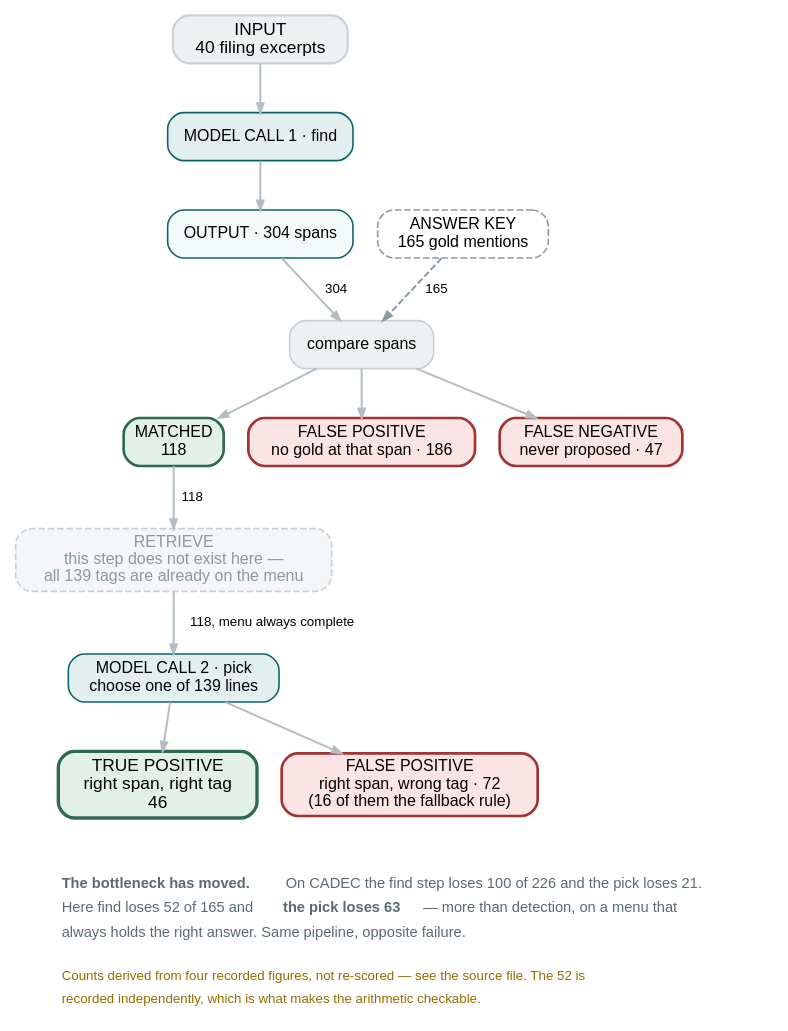
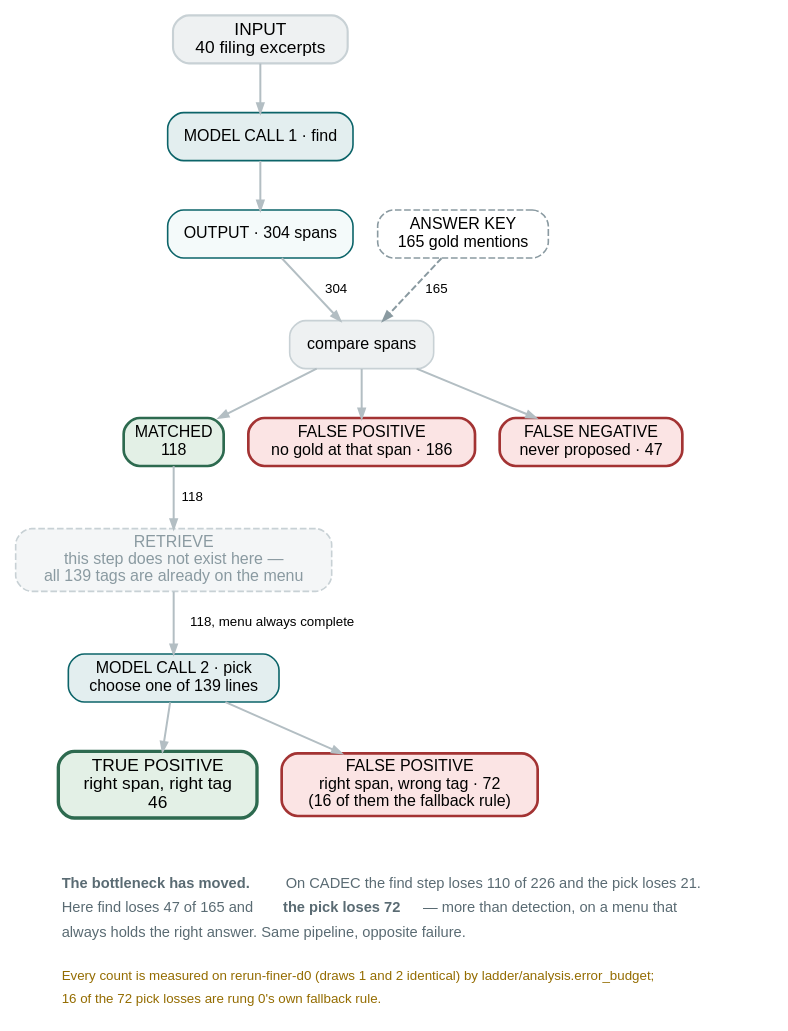
The diagram in docs/figures/fig12-finer-funnel.dot (wbagais/reliability-ladder), drawn with Graphviz before and after one commit. The commit also changed 21 other files, not shown here.

Commit message:
Figures reviewed against the base run: spine rebuilt (both articles), example records 53 of 230, funnel arithmetic 87/217/226, FiNER notes to the base-run replay, section pointers made name-based

```diff
--- a/docs/figures/fig12-finer-funnel.dot
+++ b/docs/figures/fig12-finer-funnel.dot
@@ -1,57 +1,57 @@
 // FiNER's counterpart to fig9-funnel: where the answers go, same three stages
 // minus the one this corpus does not have.
 //
 // EVERY COUNT IS MEASURED (2026-09-03): ladder/analysis.error_budget over
 // rerun-finer-d0 — draws 1 and 2 are the same file — against the 165 scorable
 // gold mentions, span-exact, out/rerun/finer.json. Of the 72 pick losses, 56
 // are the model's choice and 16 are rung 0's fallback rule writing menu line
 // one (alphabetical) onto a mention the pick reply skipped.
 //
 // COLOUR KEY — as fig9-funnel:
 //   teal a model runs here · green correct · red wrong or lost · grey a stage
 digraph finer_funnel {
   rankdir=TB; bgcolor="white";
   node [shape=box style="filled,rounded" fontname="Helvetica" fontsize=12
         color="#c8d1d5" penwidth=1.2];
   edge [color="#b3bec3" penwidth=1.5 arrowsize=0.7 fontname="Helvetica" fontsize=10];
 
   input [label="INPUT\n40 filing excerpts" fillcolor="#eef1f2" fontsize=13 penwidth=1.6];
   find  [label="MODEL CALL 1 · find" fillcolor="#e3eeef" color="#0c6469"];
   out1  [label="OUTPUT · 304 spans" fillcolor="#f4fafa" color="#0c6469"];
   key   [label="ANSWER KEY\n165 gold mentions" fillcolor="#ffffff" color="#8a9aa1"
          style="dashed,rounded"];
   cmp   [label="compare spans" fillcolor="#eef1f2"];
 
   found [label="MATCHED\n118" fillcolor="#e3f0e6" color="#2d6a4f" penwidth=2];
   fp1   [label="FALSE POSITIVE\nno gold at that span · 186" fillcolor="#fbe4e4" color="#a33333" penwidth=2];
   fn1   [label="FALSE NEGATIVE\nnever proposed · 47" fillcolor="#fbe4e4" color="#a33333" penwidth=2];
 
   ret   [label="RETRIEVE\nthis step does not exist here —\nall 139 tags are already on the menu"
          fillcolor="#f4f6f7" color="#c8d1d5" style="filled,rounded,dashed" fontcolor="#8a9aa1"];
 
   pick  [label="MODEL CALL 2 · pick\nchoose one of 139 lines" fillcolor="#e3eeef" color="#0c6469"];
   tp    [label="TRUE POSITIVE\nright span, right tag\n46" fillcolor="#e3f0e6" color="#2d6a4f" penwidth=2.5 fontsize=13];
   fp2   [label="FALSE POSITIVE\nright span, wrong tag · 72\n(16 of them the fallback rule)" fillcolor="#fbe4e4" color="#a33333" penwidth=2];
 
   input -> find -> out1;
   out1 -> cmp [label="  304"]; key -> cmp [label="  165  " style=dashed color="#8a9aa1"];
   cmp -> found; cmp -> fp1; cmp -> fn1;
   found -> ret [label="  118"];
   ret -> pick [label="  118, menu always complete"];
   pick -> tp; pick -> fp2;
 
   { rank=same; out1; key }
   { rank=same; fn1; found; fp1 }
   { rank=same; tp; fp2 }
 
   note [shape=plaintext style="" fillcolor="white"
         label=<<TABLE BORDER="0" CELLBORDER="0" CELLSPACING="0" CELLPADDING="3">
-        <TR><TD ALIGN="LEFT"><FONT POINT-SIZE="11" COLOR="#5a6b73"><B>The bottleneck has moved.</B> On CADEC the find step loses 100 of 226 and the pick loses 21.</FONT></TD></TR>
-        <TR><TD ALIGN="LEFT"><FONT POINT-SIZE="11" COLOR="#5a6b73">Here find loses 52 of 165 and <B>the pick loses 63</B> — more than detection, on a menu that</FONT></TD></TR>
+        <TR><TD ALIGN="LEFT"><FONT POINT-SIZE="11" COLOR="#5a6b73"><B>The bottleneck has moved.</B> On CADEC the find step loses 110 of 226 and the pick loses 21.</FONT></TD></TR>
+        <TR><TD ALIGN="LEFT"><FONT POINT-SIZE="11" COLOR="#5a6b73">Here find loses 47 of 165 and <B>the pick loses 72</B> — more than detection, on a menu that</FONT></TD></TR>
         <TR><TD ALIGN="LEFT"><FONT POINT-SIZE="11" COLOR="#5a6b73">always holds the right answer. Same pipeline, opposite failure.</FONT></TD></TR>
         <TR><TD ALIGN="LEFT"><FONT POINT-SIZE="8"> </FONT></TD></TR>
-        <TR><TD ALIGN="LEFT"><FONT POINT-SIZE="10.5" COLOR="#946c00">Counts derived from four recorded figures, not re-scored — see the source file. The 52 is</FONT></TD></TR>
-        <TR><TD ALIGN="LEFT"><FONT POINT-SIZE="10.5" COLOR="#946c00">recorded independently, which is what makes the arithmetic checkable.</FONT></TD></TR>
+        <TR><TD ALIGN="LEFT"><FONT POINT-SIZE="10.5" COLOR="#946c00">Every count is measured on rerun-finer-d0 (draws 1 and 2 identical) by ladder/analysis.error_budget;</FONT></TD></TR>
+        <TR><TD ALIGN="LEFT"><FONT POINT-SIZE="10.5" COLOR="#946c00">16 of the 72 pick losses are rung 0's own fallback rule.</FONT></TD></TR>
         </TABLE>>];
   fp2 -> note [style=invis];
 }
```
